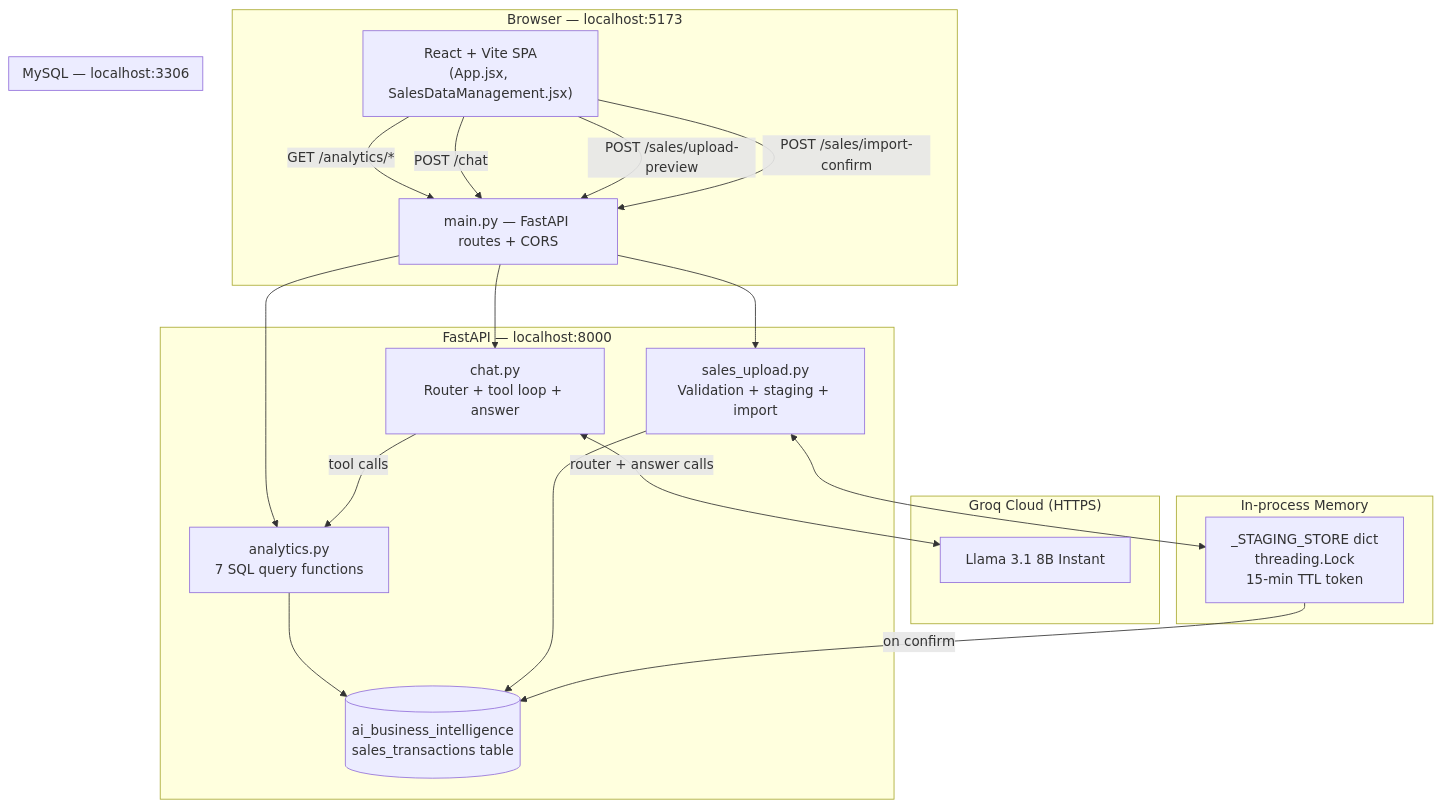
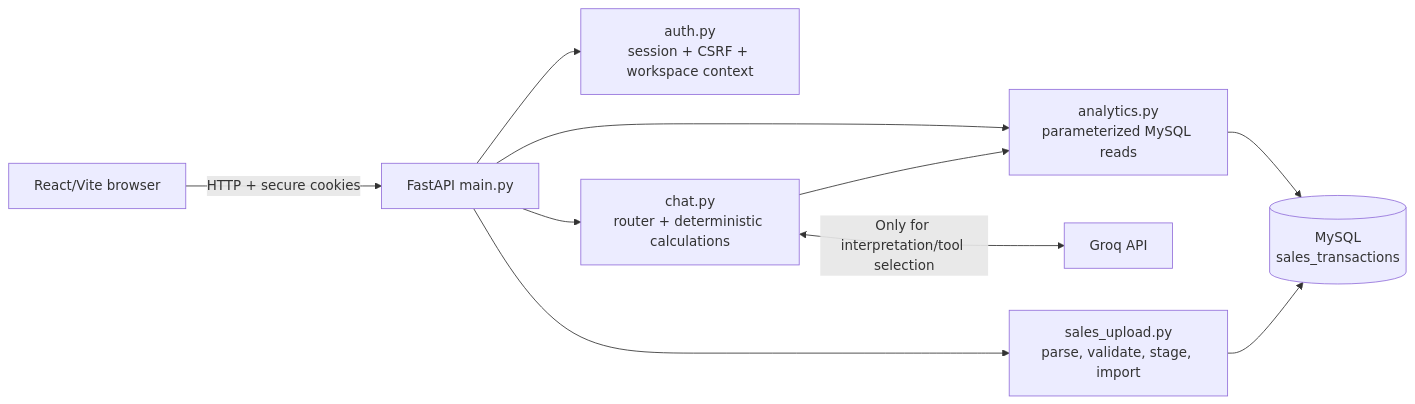
One commit to zainab121105/InsightIQ- changed the first of 2 diagrams in README.md. Above: the diagram before and after it, drawn with Mermaid. The commit also changed other lines of this file and 29 other files, not shown here.

Commit message:
feat: add multi-tenant authentication and AI-powered sales analytics

````diff
--- a/README.md
+++ b/README.md
@@ -105,35 +60,12 @@
 ```mermaid
-graph TD
-    subgraph Browser["Browser — localhost:5173"]
-        UI["React + Vite SPA\n(App.jsx, SalesDataManagement.jsx)"]
-        UI -->|"GET /analytics/*"| API
-        UI -->|"POST /chat"| API
-        UI -->|"POST /sales/upload-preview"| API
-        UI -->|"POST /sales/import-confirm"| API
-    end
-
-    subgraph Backend["FastAPI — localhost:8000"]
-        API["main.py — FastAPI routes + CORS"]
-        API --> Analytics["analytics.py\n7 SQL query functions"]
-        API --> Chat["chat.py\nRouter + tool loop + answer"]
-        API --> Upload["sales_upload.py\nValidation + staging + import"]
-        Chat -->|"tool calls"| Analytics
-        Analytics --> DB
-        Upload --> DB
-    end
-
-    subgraph AI["Groq Cloud (HTTPS)"]
-        Groq["Llama 3.1 8B Instant"]
-        Chat <-->|"router + answer calls"| Groq
-    end
-
-    subgraph Data["MySQL — localhost:3306"]
-        DB[("ai_business_intelligence\nsales_transactions table")]
-    end
-
-    subgraph Staging["In-process Memory"]
-        Stage["_STAGING_STORE dict\nthreading.Lock\n15-min TTL token"]
-        Upload <--> Stage
-        Stage -->|"on confirm"| DB
-    end
+flowchart LR
+    Browser["React/Vite browser"] -->|HTTP + secure cookies| API["FastAPI main.py"]
+    API --> Auth["auth.py\nsession + CSRF + workspace context"]
+    API --> Analytics["analytics.py\nparameterized MySQL reads"]
+    API --> Chat["chat.py\nrouter + deterministic calculations"]
+    API --> Upload["sales_upload.py\nparse, validate, stage, import"]
+    Analytics --> DB[("MySQL\nsales_transactions")]
+    Upload --> DB
+    Chat --> Analytics
+    Chat <-->|Only for interpretation/tool selection| Groq["Groq API"]
 ```
````
